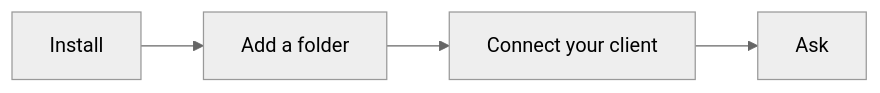
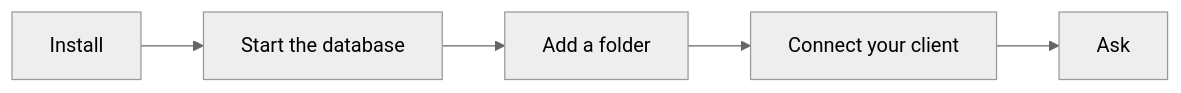
Before and after one commit to boudou/StrataKB: the first of 12 diagrams in README.md, drawn with Mermaid (neutral theme). The commit also changed other lines of this file and 74 other files, not shown here.

````diff
--- a/README.md
+++ b/README.md
@@ -25,4 +25,4 @@
 ```mermaid
 flowchart LR
-    i["Install"] --> a["Add a folder"] --> c["Connect your client"] --> q["Ask"]
+    i["Install"] --> d["Start the database"] --> a["Add a folder"] --> c["Connect your client"] --> q["Ask"]
 ```
````
